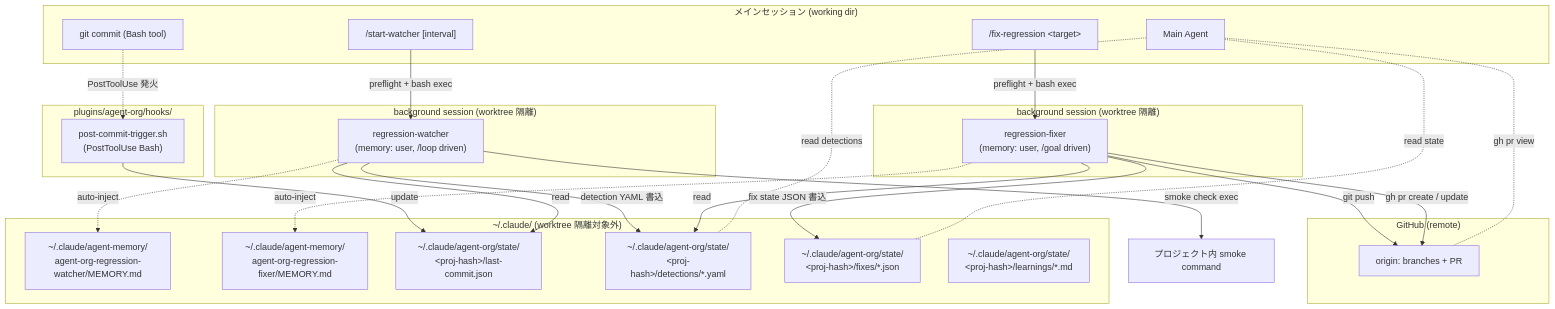
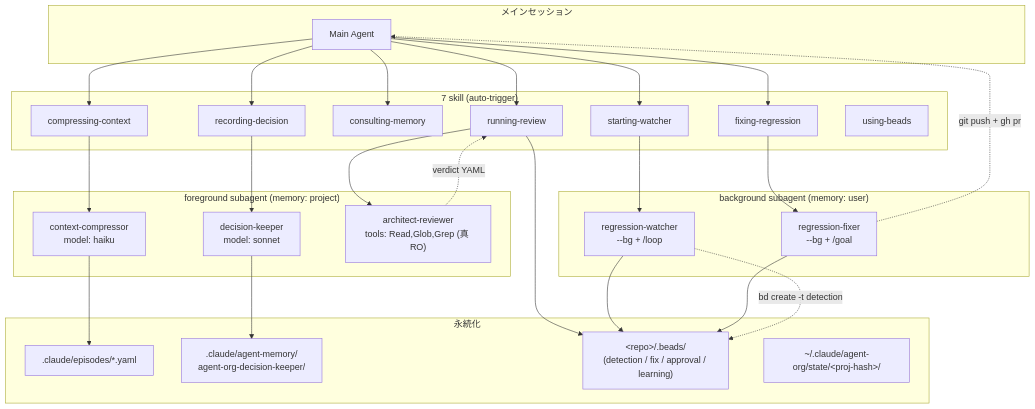
Before and after one commit to Mao-o/cc-mp-worktools: the diagram in plugins/agent-org/docs/ARCHITECTURE.md, drawn with Mermaid. The commit also changed other lines of this file and 21 other files, not shown here.

First line of the commit message:
feat(agent-org)!: v1.0.0 — 会話だけで全機能が動く (#27)

````diff
--- a/plugins/agent-org/docs/ARCHITECTURE.md
+++ b/plugins/agent-org/docs/ARCHITECTURE.md
@@ -433,54 +14,48 @@
 ```mermaid
 graph TB
-    subgraph Main4 ["メインセッション (working dir)"]
-        MA4["Main Agent"]
-        SW["/start-watcher [interval]"]
-        FR["/fix-regression &lt;target&gt;"]
-        BashCommit["git commit (Bash tool)"]
+    subgraph Main ["メインセッション"]
+        MA["Main Agent"]
     end
 
-    subgraph BgWatch ["background session (worktree 隔離)"]
-        RW4["regression-watcher<br>(memory: user, /loop driven)"]
+    subgraph Skills ["7 skill (auto-trigger)"]
+        S1["compressing-context"]
+        S2["recording-decision"]
+        S3["consulting-memory"]
+        S4["running-review"]
+        S5["fixing-regression"]
+        S6["starting-watcher"]
+        S7["using-beads"]
     end
 
-    subgraph BgFix ["background session (worktree 隔離)"]
-        RF4["regression-fixer<br>(memory: user, /goal driven)"]
+    subgraph FgAgents ["foreground subagent (memory: project)"]
+        CC["context-compressor<br>model: haiku"]
+        DK["decision-keeper<br>model: sonnet"]
+        AR["architect-reviewer<br>tools: Read,Glob,Grep (真 RO)"]
     end
 
-    subgraph HookPath4 ["plugins/agent-org/hooks/"]
-        PCH4["post-commit-trigger.sh<br>(PostToolUse Bash)"]
+    subgraph BgAgents ["background subagent (memory: user)"]
+        RW["regression-watcher<br>--bg + /loop"]
+        RF["regression-fixer<br>--bg + /goal"]
     end
 
-    subgraph Home4 ["~/.claude/ (worktree 隔離対象外)"]
-        URW4["~/.claude/agent-memory/<br>agent-org-regression-watcher/MEMORY.md"]
-        URF4["~/.claude/agent-memory/<br>agent-org-regression-fixer/MEMORY.md"]
-        LC4["~/.claude/agent-org/state/<br>&lt;proj-hash&gt;/last-commit.json"]
-        DET4["~/.claude/agent-org/state/<br>&lt;proj-hash&gt;/detections/*.yaml"]
-        FIX4["~/.claude/agent-org/state/<br>&lt;proj-hash&gt;/fixes/*.json"]
-        LRN4["~/.claude/agent-org/state/<br>&lt;proj-hash&gt;/learnings/*.md"]
+    subgraph Storage ["永続化"]
+        EP[".claude/episodes/*.yaml"]
+        ADR[".claude/agent-memory/<br>agent-org-decision-keeper/"]
+        BD["&lt;repo&gt;/.beads/<br>(detection / fix / approval / learning)"]
+        STATE["~/.claude/agent-org/state/&lt;proj-hash&gt;/"]
     end
 
-    subgraph Remote ["GitHub (remote)"]
-        Origin["origin: branches + PR"]
-    end
+    MA --> S1 & S2 & S3 & S4 & S5 & S6
+    S1 --> CC --> EP
+    S2 --> DK --> ADR
+    S4 --> AR
+    S5 --> RF
+    S6 --> RW
 
-    SW -->|preflight + bash exec| RW4
-    FR -->|preflight + bash exec| RF4
-    BashCommit -.PostToolUse 発火.-> PCH4
-    PCH4 -->|update| LC4
-
-    RW4 -->|read| LC4
-    RW4 -->|smoke check exec| Bash["プロジェクト内 smoke command"]
-    RW4 -->|detection YAML 書込| DET4
-    RW4 -.auto-inject.-> URW4
-
-    RF4 -.auto-inject.-> URF4
-    RF4 -->|read| DET4
-    RF4 -->|git push| Origin
-    RF4 -->|"gh pr create / update"| Origin
-    RF4 -->|fix state JSON 書込| FIX4
-
-    MA4 -.gh pr view.- Origin
-    MA4 -.read state.- FIX4
-    MA4 -.read detections.- DET4
+    AR -.verdict YAML.-> S4
+    S4 --> BD
+    RW --> BD
+    RF --> BD
+    RF -.git push + gh pr.-> MA
+    RW -.bd create -t detection.-> BD
 ```
````
